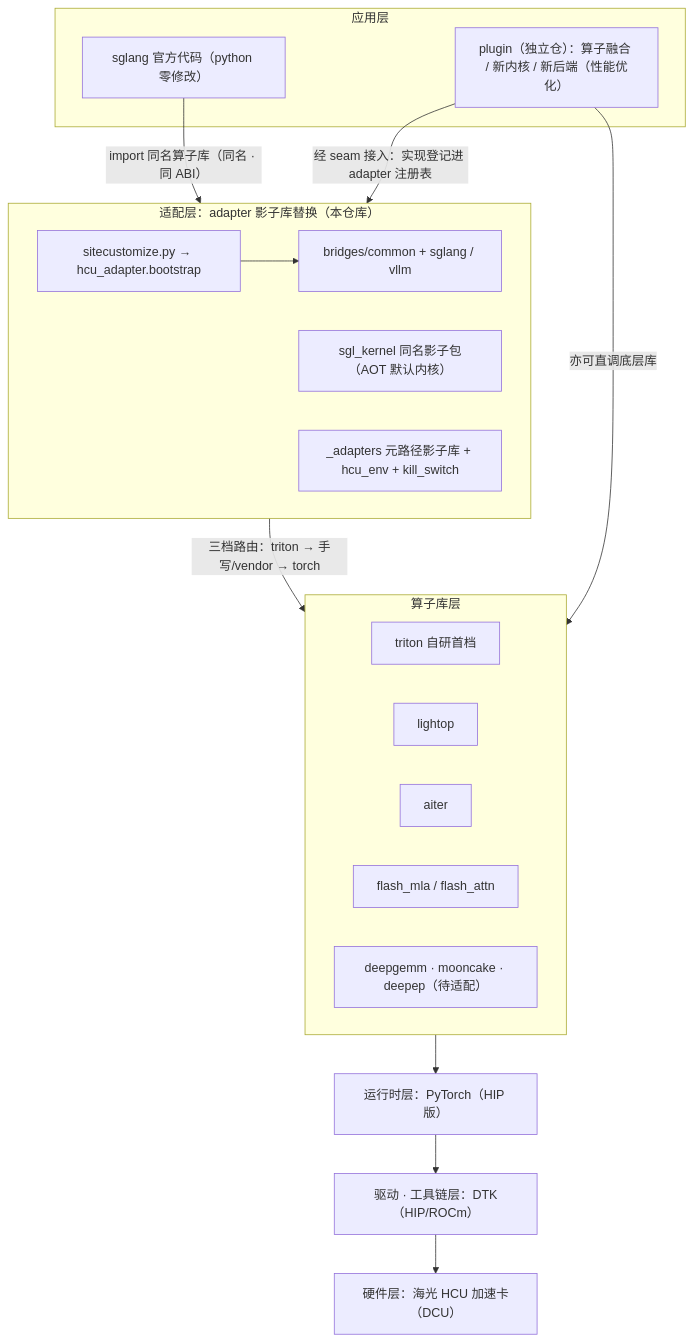
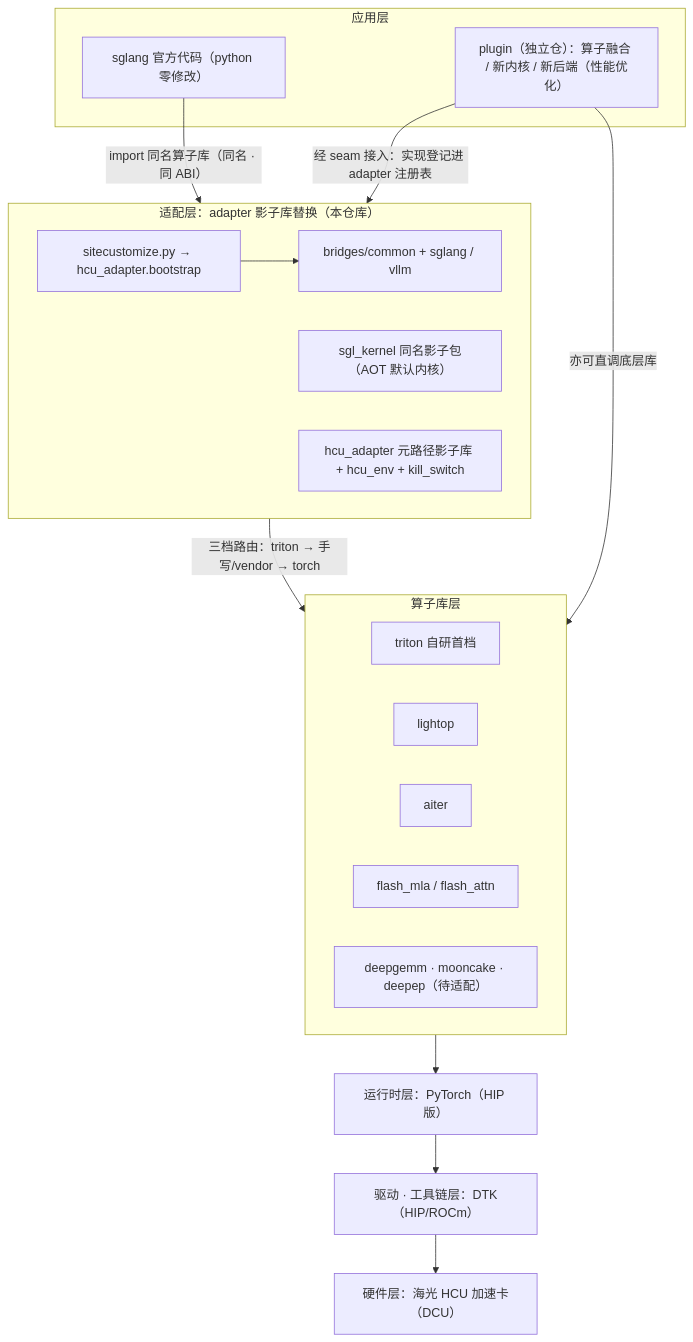
The first of 3 diagrams in docs/architecture.md (463975089/adapter-das), drawn with Mermaid before and after one commit. The commit also changed other lines of this file and 240 other files, not shown here.

First line of the commit message:
refactor: 并包 hcu_adapter + 治理 §7 + 去个人痕迹 + 远端平台退役

````diff
--- a/docs/architecture.md
+++ b/docs/architecture.md
@@ -79,28 +79,28 @@
 ```mermaid
 flowchart TB
     subgraph APP["应用层"]
         SGLANG["sglang 官方代码（python 零修改）"]
         PLUGIN["plugin（独立仓）：算子融合 / 新内核 / 新后端（性能优化）"]
     end
     subgraph ADPT["适配层：adapter 影子库替换（本仓库）"]
         SC["sitecustomize.py → hcu_adapter.bootstrap"]
         HOST["bridges/common + sglang / vllm"]
         SK["sgl_kernel 同名影子包（AOT 默认内核）"]
-        STUB["_adapters 元路径影子库 + hcu_env + kill_switch"]
+        STUB["hcu_adapter 元路径影子库 + hcu_env + kill_switch"]
     end
     SC --> HOST
     subgraph OPS["算子库层"]
         TRITON["triton 自研首档"]
         LIGHTOP["lightop"]
         AITER["aiter"]
         FA["flash_mla / flash_attn"]
         TODO["deepgemm · mooncake · deepep（待适配）"]
     end
     SGLANG -->|"import 同名算子库（同名 · 同 ABI）"| ADPT
     PLUGIN -->|"经 seam 接入：实现登记进 adapter 注册表"| ADPT
     PLUGIN -->|"亦可直调底层库"| OPS
     ADPT -->|"三档路由：triton → 手写/vendor → torch"| OPS
     OPS --> TORCH["运行时层：PyTorch（HIP 版）"]
     TORCH --> DTK["驱动 · 工具链层：DTK（HIP/ROCm）"]
     DTK --> HW["硬件层：海光 HCU 加速卡（DCU）"]
 ```
````
